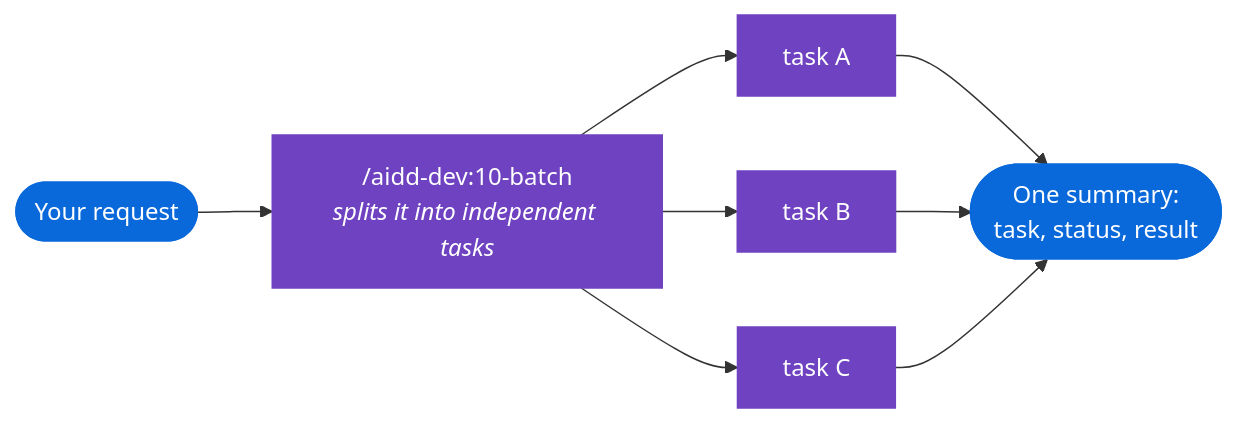
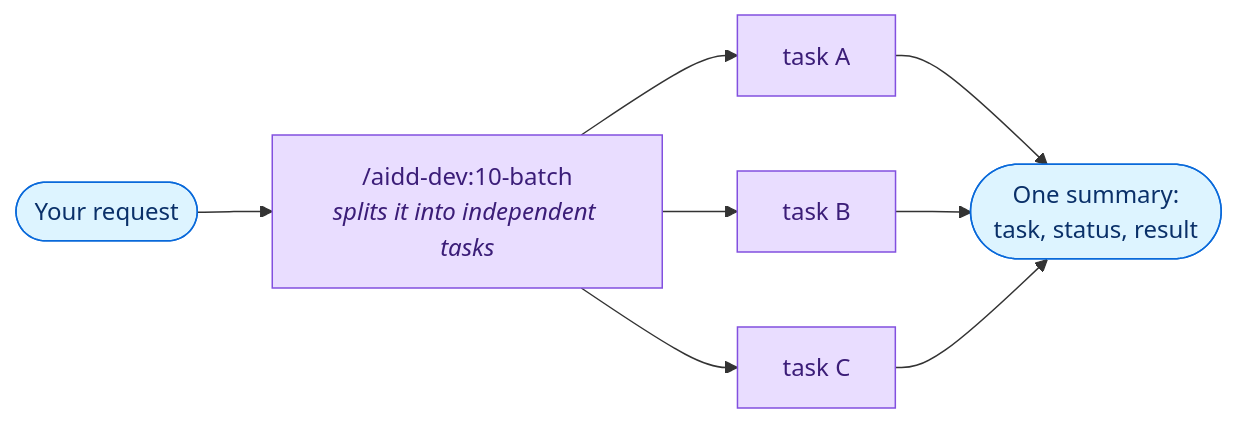
One commit to ai-driven-dev/framework changed the sixth of 7 diagrams in docs/GUIDES.md. Above: the diagram before and after it, drawn with Mermaid. The commit also changed other lines of this file and 11 other files, not shown here.

First line of the commit message:
docs: soften diagram colors, order guides by project life, simplify compatibility and maintainers

````diff
--- a/docs/GUIDES.md
+++ b/docs/GUIDES.md
@@ -197,10 +216,10 @@
 ```mermaid
 flowchart LR
   request(["Your request"]) --> batch["/aidd-dev:10-batch<br/><i>splits it into independent tasks</i>"]
   batch --> a["task A"] & b["task B"] & c["task C"]
   a & b & c --> summary(["One summary:<br/>task, status, result"])
-  classDef code fill:#6f42c1,stroke:#6f42c1,color:#fff
-  classDef plain fill:#0969da,stroke:#0969da,color:#fff
+  classDef code fill:#e9ddff,stroke:#8250df,color:#3b1d78
+  classDef plain fill:#ddf4ff,stroke:#0969da,color:#0a3069
   class batch,a,b,c code
   class request,summary plain
 ```
````
